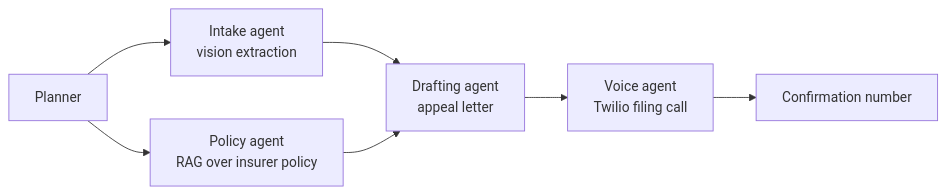
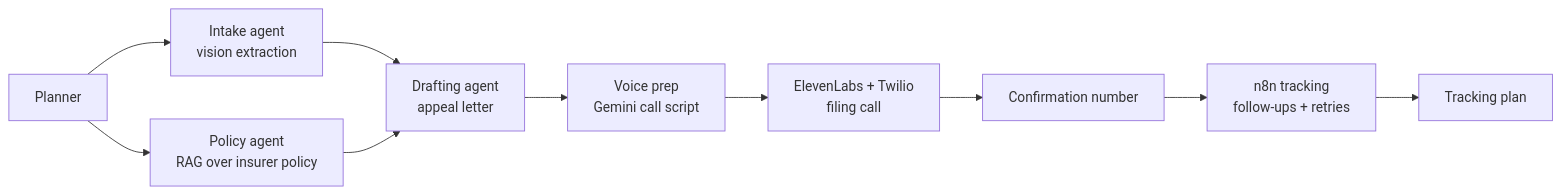
The diagram in README.md (rakeshreddyd56/priorauth-advocate), drawn with Mermaid before and after one commit. The commit also changed other lines of this file and 1 other file, not shown here.

Commit message:
[docs] Update public architecture scaffold

````diff
--- a/README.md
+++ b/README.md
@@ -7,16 +7,22 @@
 ```mermaid
 flowchart LR
   Planner["Planner"]
   Intake["Intake agent<br/>vision extraction"]
   Policy["Policy agent<br/>RAG over insurer policy"]
   Drafting["Drafting agent<br/>appeal letter"]
-  Voice["Voice agent<br/>Twilio filing call"]
+  Voice["Voice prep<br/>Gemini call script"]
+  Call["ElevenLabs + Twilio<br/>filing call"]
+  Tracking["n8n tracking<br/>follow-ups + retries"]
   Result["Confirmation number"]
+  Plan["Tracking plan"]
 
   Planner --> Intake
   Planner --> Policy
   Intake --> Drafting
   Policy --> Drafting
   Drafting --> Voice
-  Voice --> Result
+  Voice --> Call
+  Call --> Result
+  Result --> Tracking
+  Tracking --> Plan
 ```
````
